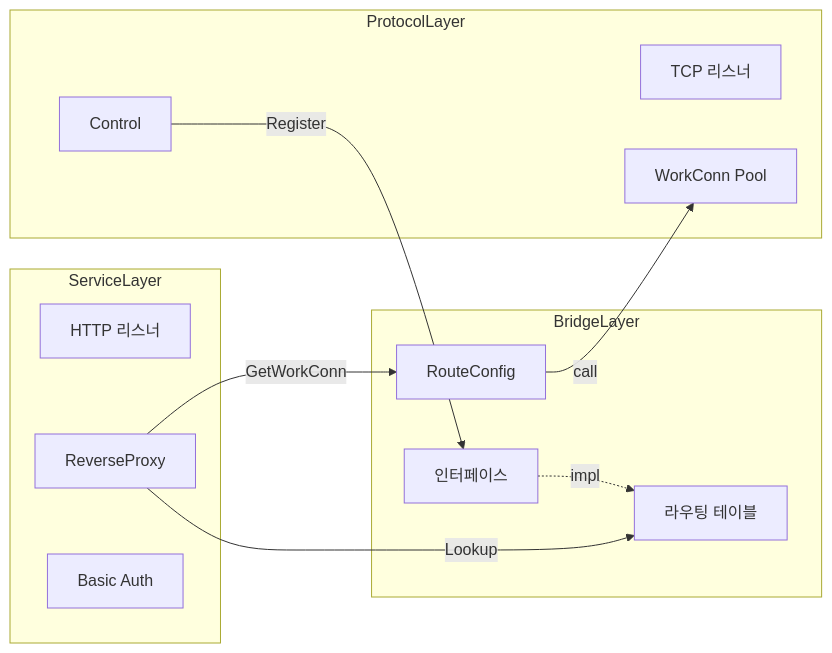
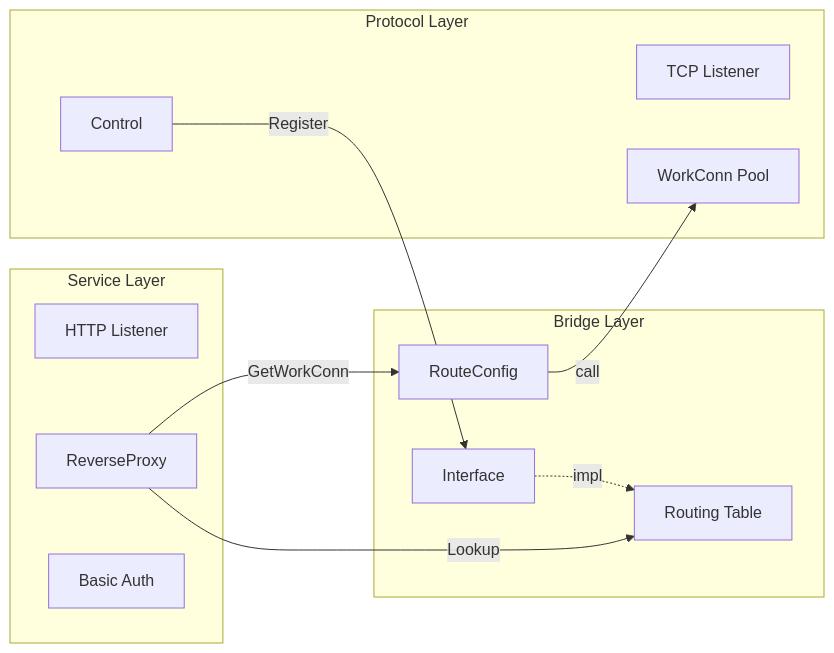
Before and after one commit to cagojeiger/drp: the fourth of 4 diagrams in docs/architecture/overview.md, drawn with Mermaid. The commit also changed other lines of this file and 3 other files, not shown here.

First line of the commit message:
fix(docs): rewrite all Mermaid diagrams for VS Code compatibility

````diff
--- a/docs/architecture/overview.md
+++ b/docs/architecture/overview.md
@@ -93,26 +93,26 @@
 ```mermaid
 graph LR
-    subgraph ServiceLayer
-        HTTP[HTTP 리스너]
-        RP[ReverseProxy]
-        Auth[Basic Auth]
+    subgraph SvcLayer["Service Layer"]
+        HTTP["HTTP Listener"]
+        RP["ReverseProxy"]
+        Auth["Basic Auth"]
     end
 
-    subgraph BridgeLayer
-        Router[라우팅 테이블]
-        RC[RouteConfig]
-        IF[인터페이스]
+    subgraph BrgLayer["Bridge Layer"]
+        Router["Routing Table"]
+        RC["RouteConfig"]
+        IF["Interface"]
     end
 
-    subgraph ProtocolLayer
-        TCP[TCP 리스너]
-        Ctrl[Control]
-        Pool[WorkConn Pool]
+    subgraph PrtLayer["Protocol Layer"]
+        TCP["TCP Listener"]
+        Ctrl["Control"]
+        Pool["WorkConn Pool"]
     end
 
-    RP -->|Lookup| Router
-    Ctrl -->|Register| IF
-    IF -.->|impl| Router
-    RP -->|GetWorkConn| RC
-    RC -->|call| Pool
+    RP -->|"Lookup"| Router
+    Ctrl -->|"Register"| IF
+    IF -.->|"impl"| Router
+    RP -->|"GetWorkConn"| RC
+    RC -->|"call"| Pool
 ```
````
